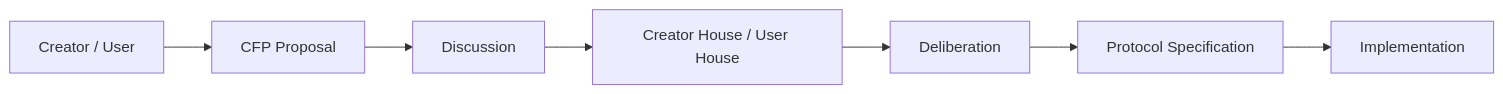
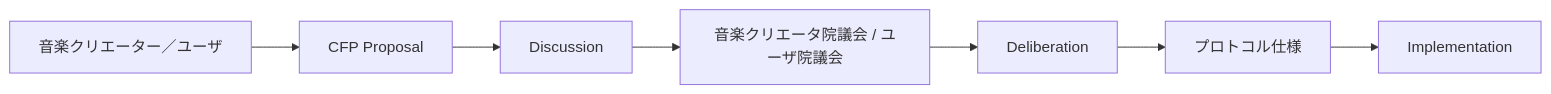
Before and after one commit to ShigeichiroYamasaki/creator-first-platform: the first of 3 diagrams in docs/proposals/index.md, drawn with Mermaid. The commit also changed other lines of this file and 67 other files, not shown here.

````diff
--- a/docs/proposals/index.md
+++ b/docs/proposals/index.md
@@ -21,12 +21,12 @@
 ```mermaid
 flowchart LR
-    CU[Creator / User]
+    CU[音楽クリエーター／ユーザ]
     CFP[CFP Proposal]
     DISCUSS[Discussion]
-    PARL[Creator House / User House]
+    PARL[音楽クリエータ院議会 / ユーザ院議会]
     DELIB[Deliberation]
-    SPEC[Protocol Specification]
+    SPEC[プロトコル仕様]
     CODE[Implementation]
 
     CU --> CFP --> DISCUSS --> PARL --> DELIB --> SPEC --> CODE
 ```
````
